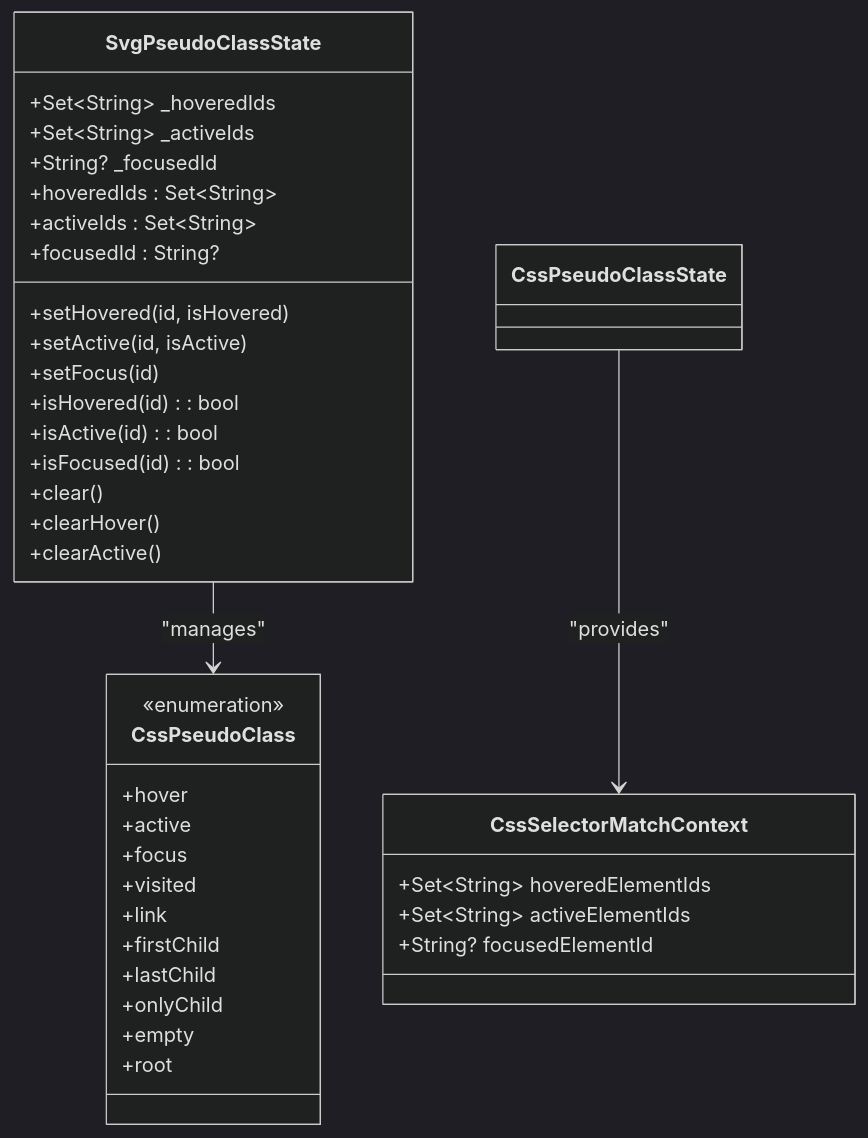
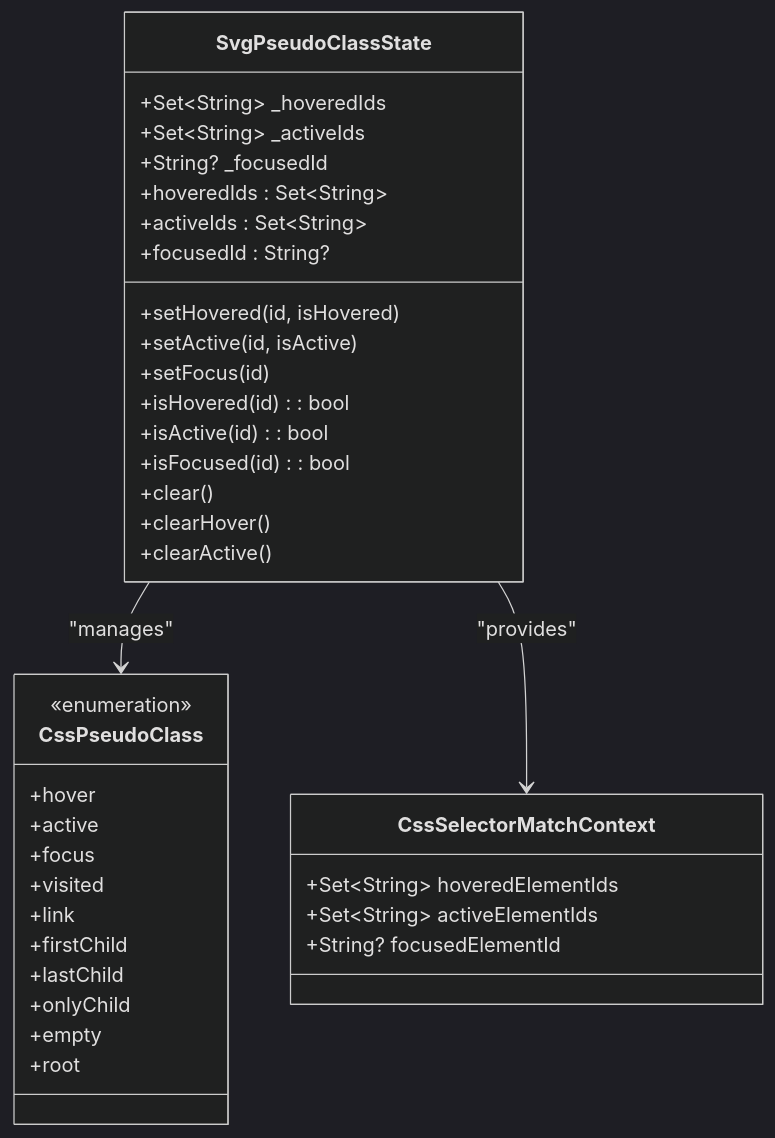
One commit to denisnadey/flutter_full_svg_support changed the tenth of 18 diagrams in .qoder/repowiki/en/content/Animated SVG Support/Advanced Animation Features/Advanced Animation Features.md. Above: the diagram before and after it, drawn with Mermaid (dark theme). The commit also changed other lines of this file and 8 other files, not shown here.

````diff
--- a/.qoder/repowiki/en/content/Animated SVG Support/Advanced Animation Features/Advanced Animation Features.md
+++ b/.qoder/repowiki/en/content/Animated SVG Support/Advanced Animation Features/Advanced Animation Features.md
@@ -662,40 +690,40 @@
 ```mermaid
 classDiagram
 class SvgPseudoClassState {
 +Set~String~ _hoveredIds
 +Set~String~ _activeIds
 +String? _focusedId
 +hoveredIds : Set~String~
 +activeIds : Set~String~
 +focusedId : String?
 +setHovered(id, isHovered)
 +setActive(id, isActive)
 +setFocus(id)
 +isHovered(id) : bool
 +isActive(id) : bool
 +isFocused(id) : bool
 +clear()
 +clearHover()
 +clearActive()
 }
 class CssPseudoClass {
 <<enumeration>>
 +hover
 +active
 +focus
 +visited
 +link
 +firstChild
 +lastChild
 +onlyChild
 +empty
 +root
 }
 class CssSelectorMatchContext {
 +Set~String~ hoveredElementIds
 +Set~String~ activeElementIds
 +String? focusedElementId
 }
 SvgPseudoClassState --> CssPseudoClass : "manages"
-CssPseudoClassState --> CssSelectorMatchContext : "provides"
+SvgPseudoClassState --> CssSelectorMatchContext : "provides"
 ```
````
